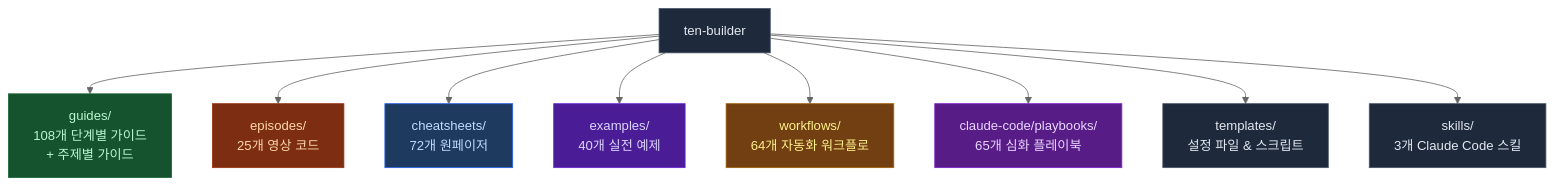
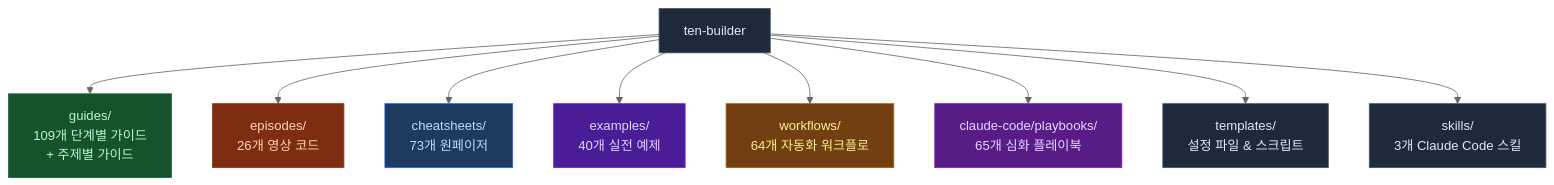
One commit to ten-builder/ten-builder changed the first of 2 diagrams in README.md. Above: the diagram before and after it, drawn with Mermaid (neutral theme). The commit also changed other lines of this file, not shown here.

Commit message:
docs: README sync — guides 109, EP26, cheatsheets 73, 5 new entries

````diff
--- a/README.md
+++ b/README.md
@@ -23,21 +23,21 @@
 ```mermaid
 flowchart TD
-    R["ten-builder"] --> G["guides/\n108개 단계별 가이드\n+ 주제별 가이드"]
-    R --> E["episodes/\n25개 영상 코드"]
-    R --> C["cheatsheets/\n72개 원페이저"]
+    R["ten-builder"] --> G["guides/\n109개 단계별 가이드\n+ 주제별 가이드"]
+    R --> E["episodes/\n26개 영상 코드"]
+    R --> C["cheatsheets/\n73개 원페이저"]
     R --> EX["examples/\n40개 실전 예제"]
     R --> W["workflows/\n64개 자동화 워크플로"]
     R --> P["claude-code/playbooks/\n65개 심화 플레이북"]
     R --> T["templates/\n설정 파일 & 스크립트"]
     R --> S["skills/\n3개 Claude Code 스킬"]
 
     style R fill:#1e293b,stroke:#475569,color:#e2e8f0
     style G fill:#14532d,stroke:#166534,color:#bbf7d0
     style E fill:#7c2d12,stroke:#9a3412,color:#fed7aa
     style C fill:#1e3a5f,stroke:#2563eb,color:#bfdbfe
     style EX fill:#4a1d96,stroke:#6d28d9,color:#ddd6fe
     style W fill:#713f12,stroke:#a16207,color:#fef08a
     style P fill:#581c87,stroke:#7e22ce,color:#e9d5ff
     style T fill:#1e293b,stroke:#475569,color:#e2e8f0
     style S fill:#1e293b,stroke:#475569,color:#e2e8f0
 ```
````
